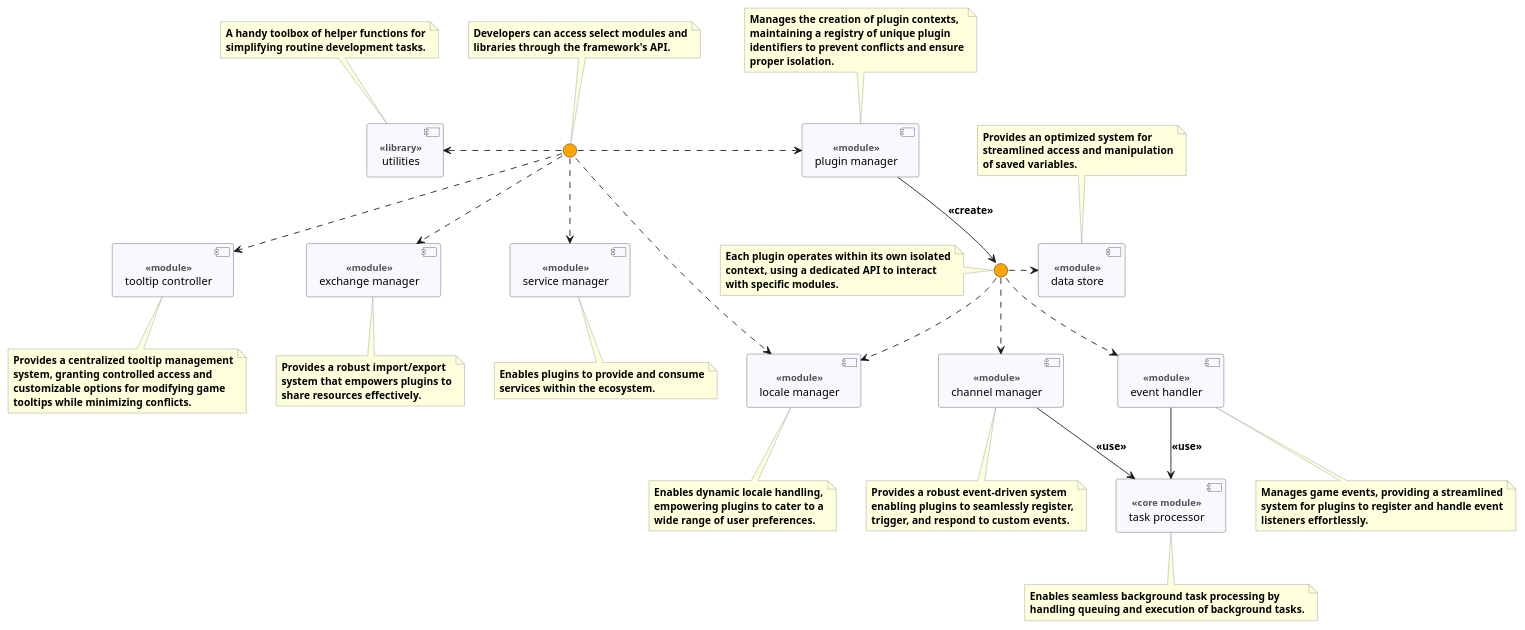
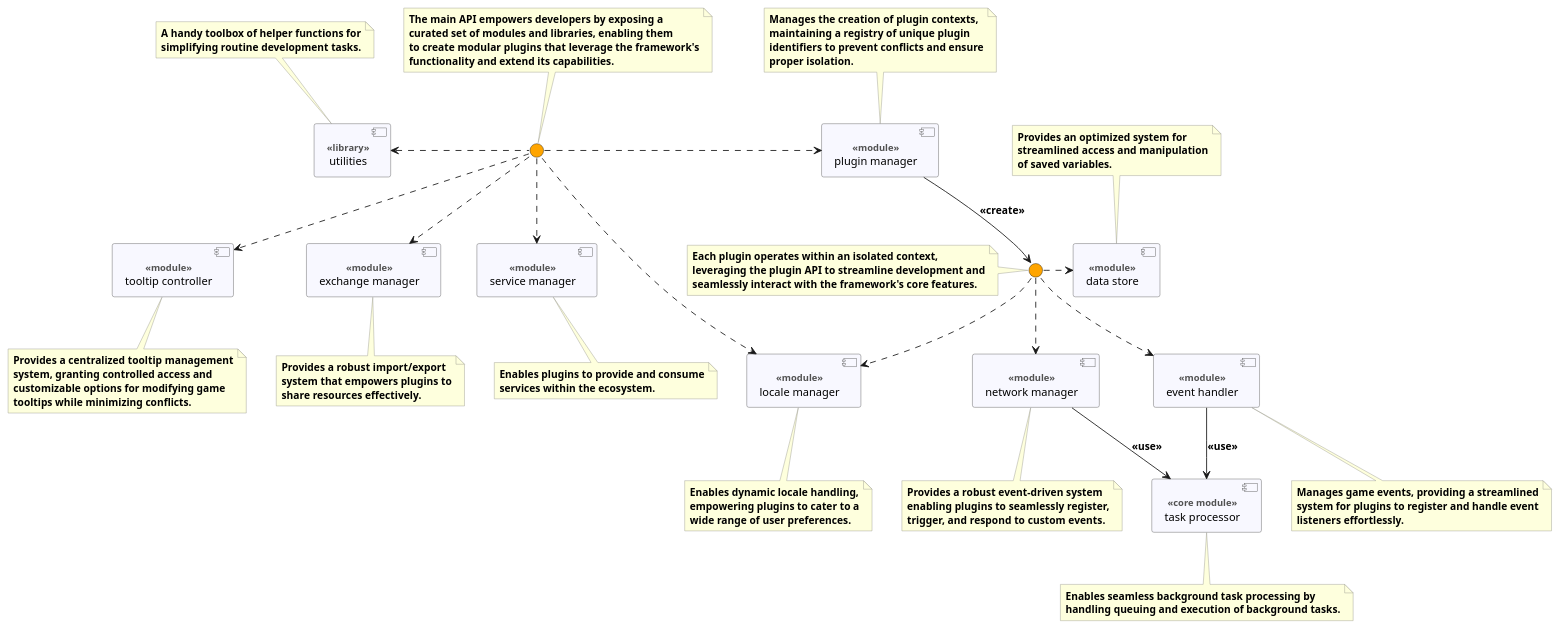
Before and after one commit to erik-riklund/wow: the diagram in Cogspinner/_dev/versions/1.0/structure.puml, drawn with PlantUML. The commit also changed 11 other files, not shown here.

```diff
--- a/Cogspinner/_dev/versions/1.0/structure.puml
+++ b/Cogspinner/_dev/versions/1.0/structure.puml
@@ -1,140 +1,142 @@
 @startuml Cogspinner
 
 skinparam ComponentBackgroundColor GhostWhite
 skinparam ComponentBorderColor #565656
 skinparam ComponentFontStyle normal
 skinparam ComponentFontSize 13pt
 skinparam ComponentStereotypeFontSize 11pt
 skinparam ComponentStereotypeFontStyle bold
 skinparam ComponentStereotypeFontColor #515151
 skinparam InterfaceBackgroundColor Orange
 skinparam NoteFontStyle bold
 skinparam NoteFontSize 12pt
 skinparam NoteFontColor black
 skinparam NoteBackgroundColor #FEFFDD
 skinparam NoteBorderColor #96968D
 skinparam ArrowFontSize 12pt
 skinparam ArrowFontStyle bold
 
-[channel manager] as channel <<module>>
+[network manager] as channel <<module>>
 [data store] as data <<module>>
 [event handler] as event <<module>>
 [exchange manager] as exchange <<module>>
 [locale manager] as locale <<module>>
 [plugin manager] as plugin <<module>>
 [service manager] as service <<module>>
 [task processor] as task <<core module>>
 [tooltip controller] as tooltip <<module>>
 [utilities] <<library>>
 
 () " " as API
 () " " as pluginAPI
 
 ' NOTES:
 
 note as API_note
-Developers can access select modules and
-libraries through the framework's API.
+The main API empowers developers by exposing a
+curated set of modules and libraries, enabling them
+to create modular plugins that leverage the framework's
+functionality and extend its capabilities.
 end note
 
 note as pluginAPI_note
-Each plugin operates within its own isolated
-context, using a dedicated API to interact
-with specific modules.
+Each plugin operates within an isolated context,
+leveraging the plugin API to streamline development and
+seamlessly interact with the framework's core features.
 end note
 
 note as utilities_note
 A handy toolbox of helper functions for
 simplifying routine development tasks.
 end note
 
 note as plugin_note
 Manages the creation of plugin contexts,
 maintaining a registry of unique plugin
 identifiers to prevent conflicts and ensure
 proper isolation.
 end note
 
 note as exchange_note
 Provides a robust import/export
 system that empowers plugins to
 share resources effectively.
 end note
 
 note as data_note
 Provides an optimized system for
 streamlined access and manipulation
 of saved variables.
 end note
 
 note as locale_note
 Enables dynamic locale handling,
 empowering plugins to cater to a
 wide range of user preferences.
 end note
 
 note as channel_note
 Provides a robust event-driven system
 enabling plugins to seamlessly register,
 trigger, and respond to custom events.
 end note
 
 note as task_note
 Enables seamless background task processing by
 handling queuing and execution of background tasks.
 end note
 
 note as event_note
 Manages game events, providing a streamlined
 system for plugins to register and handle event
 listeners effortlessly.
 end note
 
 note as service_note
 Enables plugins to provide and consume
 services within the ecosystem.
 end note
 
 note as tooltip_note
 Provides a centralized tooltip management
 system, granting controlled access and
 customizable options for modifying game
 tooltips while minimizing conflicts.
 end note
 
 ' note bindings:
 
 API .up. API_note
 channel .. channel_note
 data .up. data_note
 event .. event_note
 exchange .. exchange_note
 locale .. locale_note
 pluginAPI .left. pluginAPI_note
 plugin .up. plugin_note
 service .. service_note
 task .. task_note
 tooltip .. tooltip_note
 utilities .up. utilities_note
 
 ' END NOTES.
 
 ' module relationships
 channel --> task : <<use>>
 event --> task : <<use>>
 
 ' ' API relationships
 API ..> exchange
 API .> plugin
 API ..> service
 API ..> tooltip
 API .left.> utilities
 API .> locale
 plugin --> pluginAPI : <<create>>
 
 ' plugin API relationships
 pluginAPI ..> channel
 pluginAPI .right.> data
 pluginAPI ..> event
 pluginAPI ..> locale
 @enduml
```
